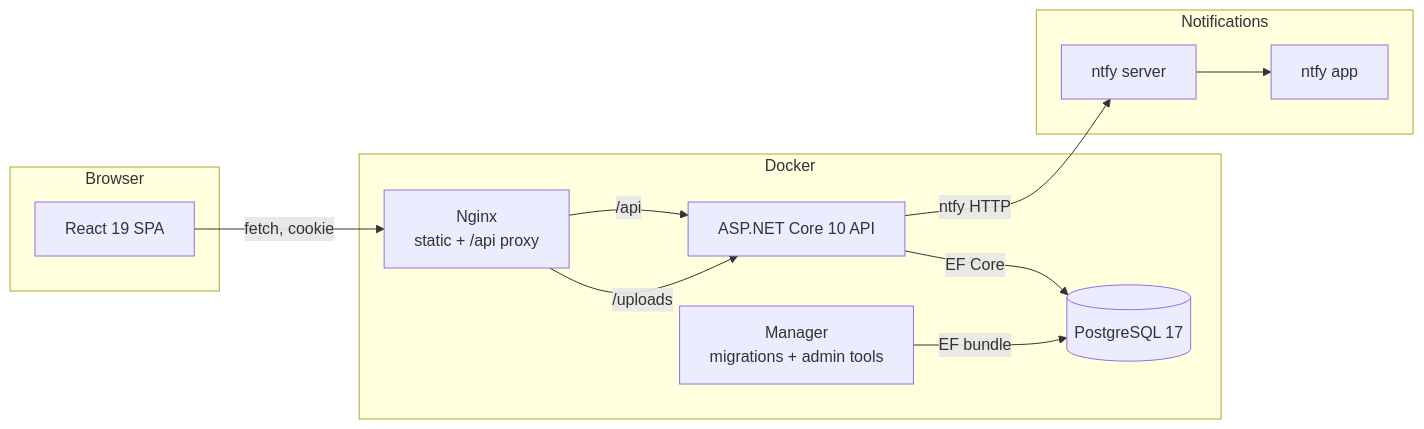
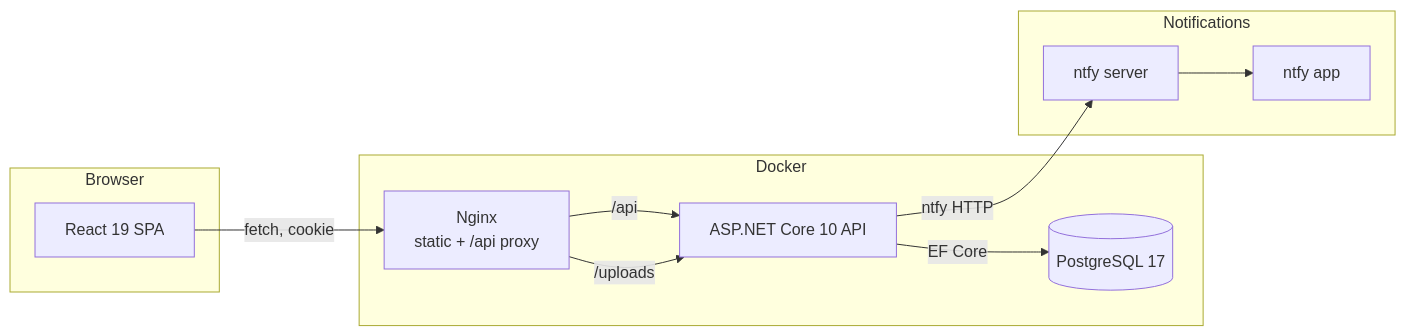
The diagram in docs/architecture.md (psampir/choruko), drawn with Mermaid before and after one commit. The commit also changed other lines of this file and 8 other files, not shown here.

````diff
--- a/docs/architecture.md
+++ b/docs/architecture.md
@@ -8,26 +8,24 @@
 ```mermaid
 flowchart LR
     subgraph Browser
         SPA[React 19 SPA]
     end
 
     subgraph Docker
         N[Nginx<br/>static + /api proxy]
         API[ASP.NET Core 10 API]
-        MGR[Manager<br/>migrations + admin tools]
         DB[(PostgreSQL 17)]
     end
 
     subgraph Notifications
         NTFY[ntfy server]
         NTFYAPP[ntfy app]
     end
 
     SPA -->|fetch, cookie| N
     N -->|/api| API
     N -->|/uploads| API
     API -->|EF Core| DB
-    MGR -->|EF bundle| DB
     API -->|ntfy HTTP| NTFY
     NTFY --> NTFYAPP
 ```
````
